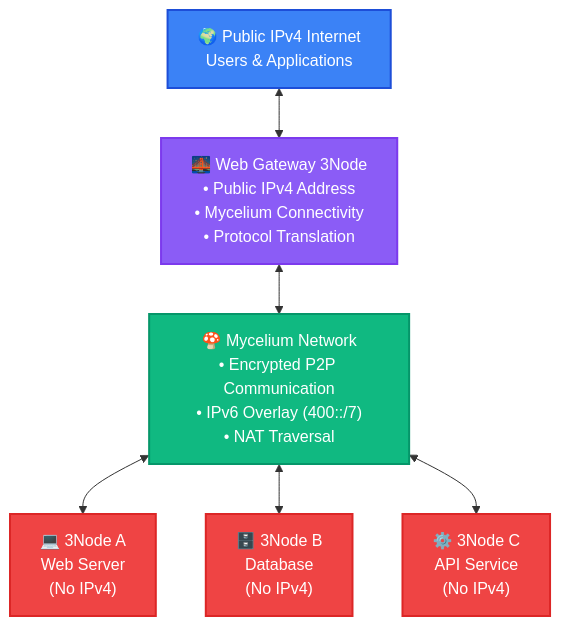
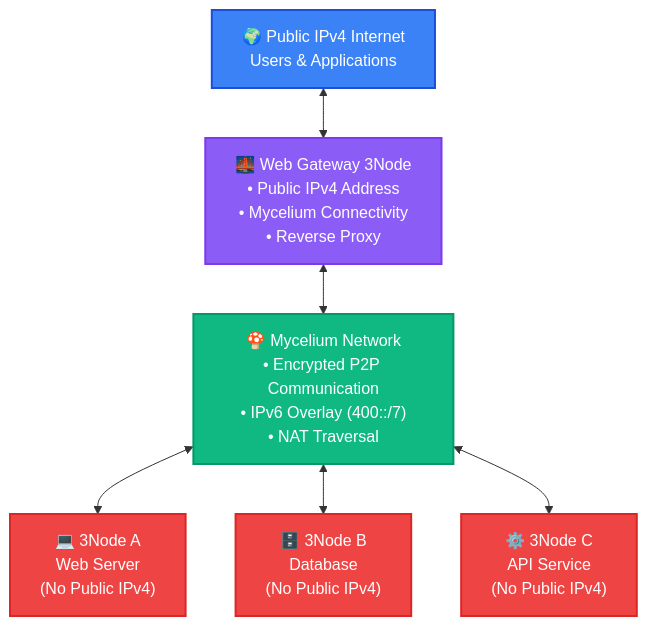
The second of 3 diagrams in labs/docs/documentation/farmers/advanced_networking_toc/web_gateway/web_gateway_architecture.md (threefoldtech/info_grid), drawn with Mermaid before and after one commit. The commit also changed other lines of this file, not shown here.

Commit message:
web gateway fix typos

````diff
--- a/labs/docs/documentation/farmers/advanced_networking_toc/web_gateway/web_gateway_architecture.md
+++ b/labs/docs/documentation/farmers/advanced_networking_toc/web_gateway/web_gateway_architecture.md
@@ -76,25 +76,25 @@
 ```mermaid
 flowchart TD
     Internet["🌍 Public IPv4 Internet<br/>Users & Applications"]
-    Gateway["🌉 Web Gateway 3Node<br/>• Public IPv4 Address<br/>• Mycelium Connectivity<br/>• Protocol Translation"]
+    Gateway["🌉 Web Gateway 3Node<br/>• Public IPv4 Address<br/>• Mycelium Connectivity<br/>• Reverse Proxy"]
     Mycelium["🍄 Mycelium Network<br/>• Encrypted P2P Communication<br/>• IPv6 Overlay (400::/7)<br/>• NAT Traversal"]
-    Node1["💻 3Node A<br/>Web Server<br/>(No IPv4)"]
-    Node2["🗄️ 3Node B<br/>Database<br/>(No IPv4)"]
-    Node3["⚙️ 3Node C<br/>API Service<br/>(No IPv4)"]
+    Node1["💻 3Node A<br/>Web Server<br/>(No Public IPv4)"]
+    Node2["🗄️ 3Node B<br/>Database<br/>(No Public IPv4)"]
+    Node3["⚙️ 3Node C<br/>API Service<br/>(No Public IPv4)"]
     
     Internet <--> Gateway
     Gateway <--> Mycelium
     Mycelium <--> Node1
     Mycelium <--> Node2
     Mycelium <--> Node3
     
     classDef internetClass fill:#3b82f6,stroke:#1d4ed8,stroke-width:2px,color:#ffffff
     classDef gatewayClass fill:#8b5cf6,stroke:#7c3aed,stroke-width:2px,color:#ffffff
     classDef myceliumClass fill:#10b981,stroke:#059669,stroke-width:2px,color:#ffffff
     classDef nodeClass fill:#ef4444,stroke:#dc2626,stroke-width:2px,color:#ffffff
     
     class Internet internetClass
     class Gateway gatewayClass
     class Mycelium myceliumClass
     class Node1,Node2,Node3 nodeClass
 ```
````
